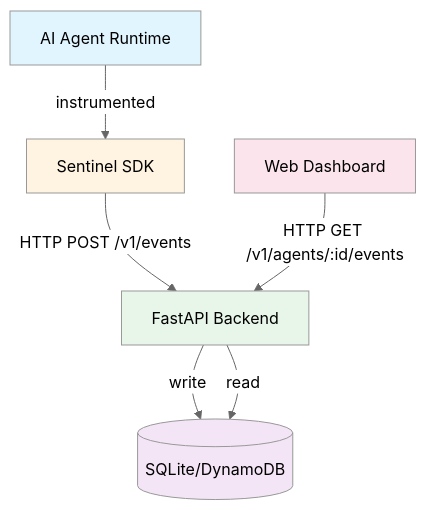
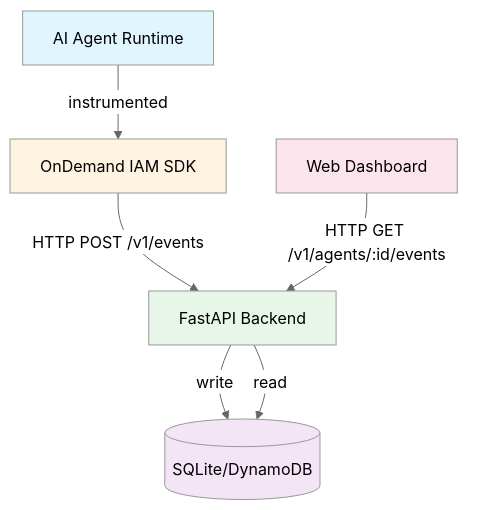
One commit to peterkrentel/ondemand-iam-agentic-ai changed the first of 2 diagrams in docs/ARCHITECTURE.md. Above: the diagram before and after it, drawn with Mermaid (neutral theme). The commit also changed other lines of this file and 13 other files, not shown here.

Commit message:
Rename sentinel to ondemand-iam-agentic-ai throughout codebase

````diff
--- a/docs/ARCHITECTURE.md
+++ b/docs/ARCHITECTURE.md
@@ -23,20 +23,20 @@
 ```mermaid
 graph TB
     Agent[AI Agent Runtime]
-    SDK[Sentinel SDK]
+    SDK[OnDemand IAM SDK]
     API[FastAPI Backend]
     DB[(SQLite/DynamoDB)]
     UI[Web Dashboard]
     
     Agent -->|instrumented| SDK
     SDK -->|HTTP POST /v1/events| API
     API -->|write| DB
     UI -->|HTTP GET /v1/agents/:id/events| API
     API -->|read| DB
     
     style Agent fill:#e1f5ff
     style SDK fill:#fff4e1
     style API fill:#e8f5e9
     style DB fill:#f3e5f5
     style UI fill:#fce4ec
 ```
````
